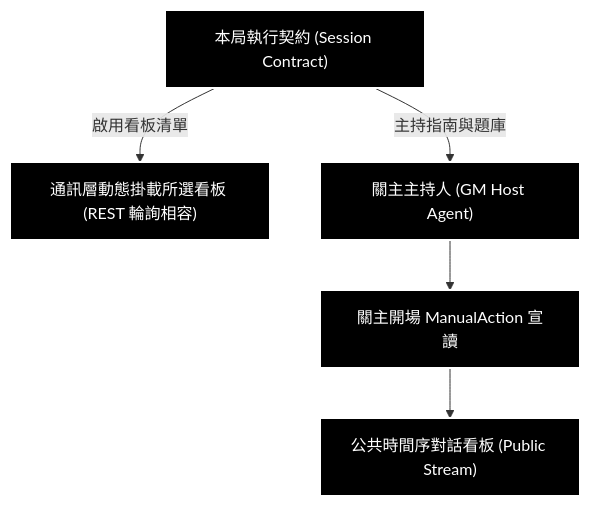
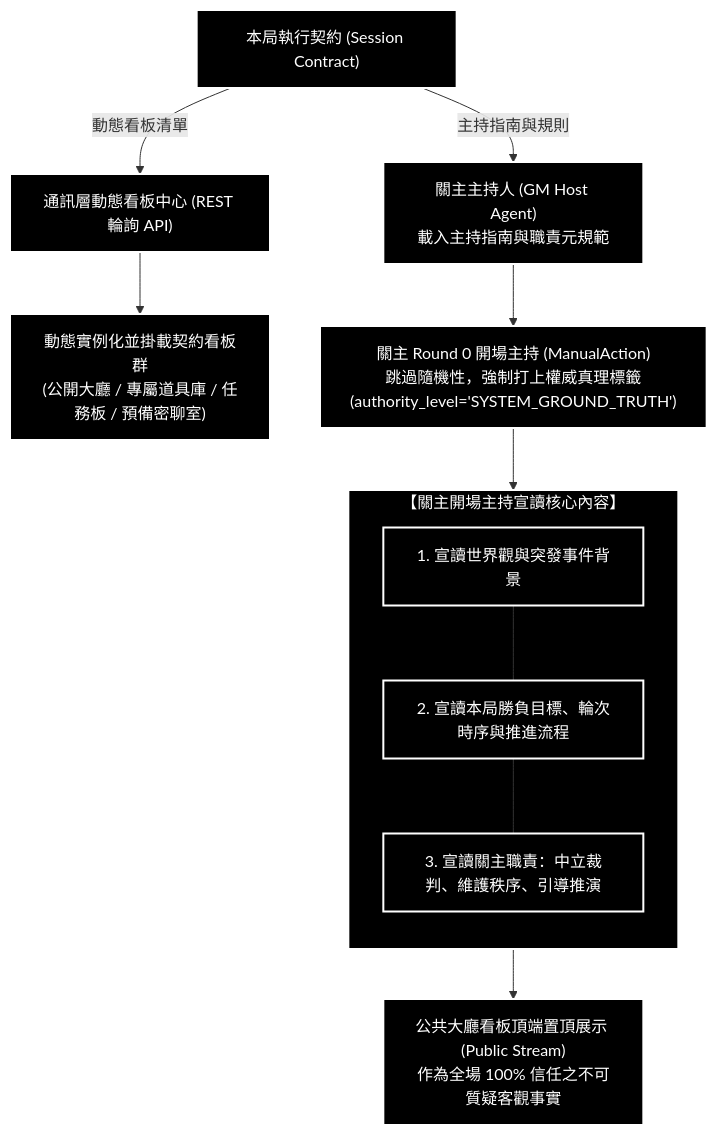
Before and after one commit to yin1120/MiroFish-1: the fourth of 8 diagrams in docs/WORKFLOW_FLOWCHART.md, drawn with Mermaid. The commit also changed other lines of this file and 4 other files, not shown here.

Commit message:
流程圖更新

````diff
--- a/docs/WORKFLOW_FLOWCHART.md
+++ b/docs/WORKFLOW_FLOWCHART.md
@@ -161,31 +208,49 @@
 ```mermaid
 %%{init: {
   'theme': 'base',
   'themeVariables': {
     'background': '#000000',
     'primaryColor': '#000000',
     'primaryTextColor': '#ffffff',
     'primaryBorderColor': '#ffffff',
     'lineColor': '#ffffff',
-    'fontSize': '20px',
+    'fontSize': '18px',
     'fontFamily': '"Fira Code", consolas, "Microsoft JhengHei", "Noto Sans TC", sans-serif'
   }
 }}%%
 flowchart TD
     Session_Contract["本局執行契約 (Session Contract)"]
-    Comm_Hub["通訊層動態掛載所選看板 (REST 輪詢相容)"]
-    GM_Host["關主主持人 (GM Host Agent)"]
-    GM_Opener["關主開場 ManualAction 宣讀"]
-    Public_Stream["公共時間序對話看板 (Public Stream)"]
+    Comm_Hub["通訊層動態看板中心 (REST 輪詢 API)"]
+    GM_Host["關主主持人 (GM Host Agent)<br/>載入主持指南與職責元規範"]
 
-    Session_Contract -->|"啟用看板清單"| Comm_Hub
-    Session_Contract -->|"主持指南與題庫"| GM_Host
-    GM_Host --> GM_Opener
-    GM_Opener --> Public_Stream
+    Mount_Boards["動態實例化並掛載契約看板群<br/>(公開大廳 / 專屬道具庫 / 任務板 / 預備密聊室)"]
+    GM_Round0_Action["關主 Round 0 開場主持 (ManualAction)<br/>跳過隨機性，強制打上權威真理標籤<br/>(authority_level='SYSTEM_GROUND_TRUTH')"]
+
+    subgraph GM_Opening_Speech["【關主開場主持宣讀核心內容】"]
+        direction TB
+        Open_World["1. 宣讀世界觀與突發事件背景"]
+        Open_Rules["2. 宣讀本局勝負目標、輪次時序與推進流程"]
+        Open_Duties["3. 宣讀關主職責：中立裁判、維護秩序、引導推演"]
+        Open_World --- Open_Rules --- Open_Duties
+    end
+
+    Public_Announce["公共大廳看板頂端置頂展示 (Public Stream)<br/>作為全場 100% 信任之不可質疑客觀事實"]
+
+    Session_Contract -->|"動態看板清單"| Comm_Hub
+    Session_Contract -->|"主持指南與規則"| GM_Host
+    Comm_Hub --> Mount_Boards
+    GM_Host --> GM_Round0_Action
+    GM_Round0_Action --> GM_Opening_Speech
+    GM_Opening_Speech --> Public_Announce
 
     style Session_Contract fill:#000000,stroke:#ffffff,stroke-width:2px,color:#ffffff
     style Comm_Hub fill:#000000,stroke:#ffffff,stroke-width:2px,color:#ffffff
     style GM_Host fill:#000000,stroke:#ffffff,stroke-width:2px,color:#ffffff
-    style GM_Opener fill:#000000,stroke:#ffffff,stroke-width:2px,color:#ffffff
-    style Public_Stream fill:#000000,stroke:#ffffff,stroke-width:2px,color:#ffffff
+    style Mount_Boards fill:#000000,stroke:#ffffff,stroke-width:2px,color:#ffffff
+    style GM_Round0_Action fill:#000000,stroke:#ffffff,stroke-width:2px,color:#ffffff
+    style GM_Opening_Speech fill:#000000,stroke:#ffffff,stroke-width:2px,color:#ffffff
+    style Open_World fill:#000000,stroke:#ffffff,stroke-width:2px,color:#ffffff
+    style Open_Rules fill:#000000,stroke:#ffffff,stroke-width:2px,color:#ffffff
+    style Open_Duties fill:#000000,stroke:#ffffff,stroke-width:2px,color:#ffffff
+    style Public_Announce fill:#000000,stroke:#ffffff,stroke-width:2px,color:#ffffff
 ```
````
